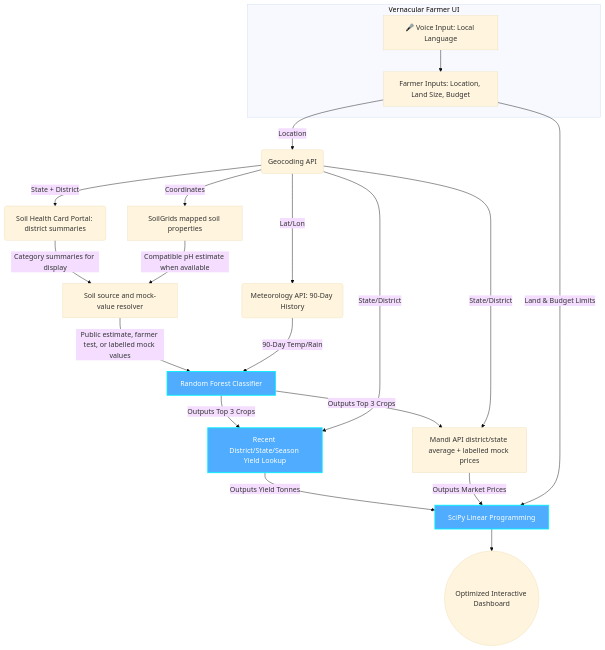
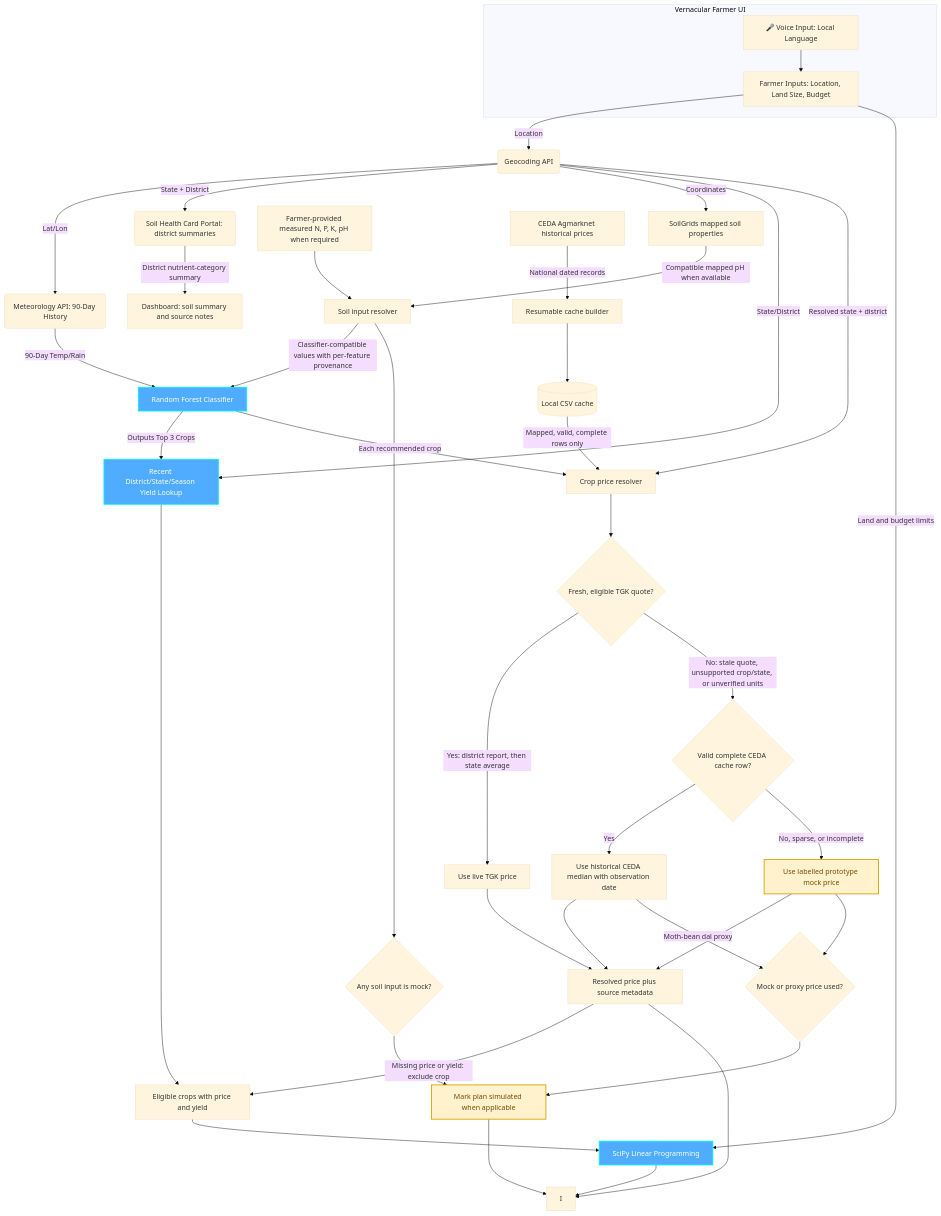
Before and after one commit to 9553943884pavan-alt/Agritech: the diagram in README.md, drawn with Mermaid (base theme). The commit also changed other lines of this file and 24 other files, not shown here.

Commit message:
Add cached CEDA price resolution

````diff
--- a/README.md
+++ b/README.md
@@ -79,37 +79,60 @@
 ```mermaid
 graph TD
-    %% User Inputs
+    %% Farmer inputs and location-based data
     subgraph Vernacular Farmer UI
         V[🎤 Voice Input: Local Language] --> A
         A[Farmer Inputs: Location, Land Size, Budget]
     end
-    
-    %% APIs
+
     A -->|Location| B(Geocoding API)
     B -->|Lat/Lon| D(Meteorology API: 90-Day History)
     B -->|State + District| C(Soil Health Card Portal: district summaries)
     B -->|Coordinates| Q[SoilGrids mapped soil properties]
-    
-    %% AI Model 1: Classifier
-    C -->|Category summaries for display| S[Soil source and mock-value resolver]
-    Q -->|Compatible pH estimate when available| S
-    S -->|Public estimate, farmer test, or labelled mock values| E[Random Forest Classifier]
+
+    %% Soil Health Card summaries are informational, not numeric classifier inputs
+    C -->|District nutrient-category summary| SC[Dashboard: soil summary and source notes]
+    Q -->|Compatible mapped pH when available| S[Soil input resolver]
+    T[Farmer-provided measured N, P, K, pH when required] --> S
+    S -->|Classifier-compatible values with per-feature provenance| E[Random Forest Classifier]
     D -->|90-Day Temp/Rain| E
-    
-    %% The Output of Classifier feeds the next steps
+
+    %% Crop recommendations feed yield and price resolution
     E -->|Outputs Top 3 Crops| F[Recent District/State/Season Yield Lookup]
-    E -->|Outputs Top 3 Crops| G[Mandi API district/state average + labelled mock prices]
-    
-    %% AI Model 2 & APIs for Optimization
     B -->|State/District| F
-    B -->|State/District| G
-    F -->|Outputs Yield Tonnes| H[SciPy Linear Programming]
-    G -->|Outputs Market Prices| H
-    A -->|Land & Budget Limits| H
-    
-    %% Final Result
-    H --> I((Optimized Interactive Dashboard))
-    
+    E -->|Each recommended crop| P[Crop price resolver]
+    B -->|Resolved state + district| P
+
+    %% Optional offline national CEDA cache build
+    X[CEDA Agmarknet historical prices] -->|National dated records| Y[Resumable cache builder]
+    Y --> Z[(Local CSV cache)]
+    Z -->|Mapped, valid, complete rows only| P
+
+    %% Price-source precedence and current TGK unit limitation
+    P --> G{Fresh, eligible TGK quote?}
+    G -->|Yes: district report, then state average| H[Use live TGK price]
+    G -->|No: stale quote, unsupported crop/state, or unverified units| J{Valid complete CEDA cache row?}
+    J -->|Yes| K[Use historical CEDA median with observation date]
+    J -->|No, sparse, or incomplete| L[Use labelled prototype mock price]
+    H --> M[Resolved price plus source metadata]
+    K --> M
+    L --> M
+    M -->|Missing price or yield: exclude crop| N[Eligible crops with price and yield]
+    F --> N
+    N --> O[SciPy Linear Programming]
+    A -->|Land and budget limits| O
+
+    %% Provenance and simulation warnings flow through to results
+    S --> R{Any soil input is mock?}
+    L --> U{Mock or proxy price used?}
+    K -->|Moth-bean dal proxy| U
+    R --> W[Mark plan simulated when applicable]
+    U --> W
+    O --> I
+    M --> I
+    W --> I
+
+    classDef sim fill:#fff2cc,color:#7a4b00,stroke:#d6a400,stroke-width:2px;
     classDef model fill:#4facfe,color:#fff,stroke:#00f2fe,stroke-width:2px;
-    class E,F,H model;
+    class E,F,O model;
+    class L,W sim;
 ```
````
